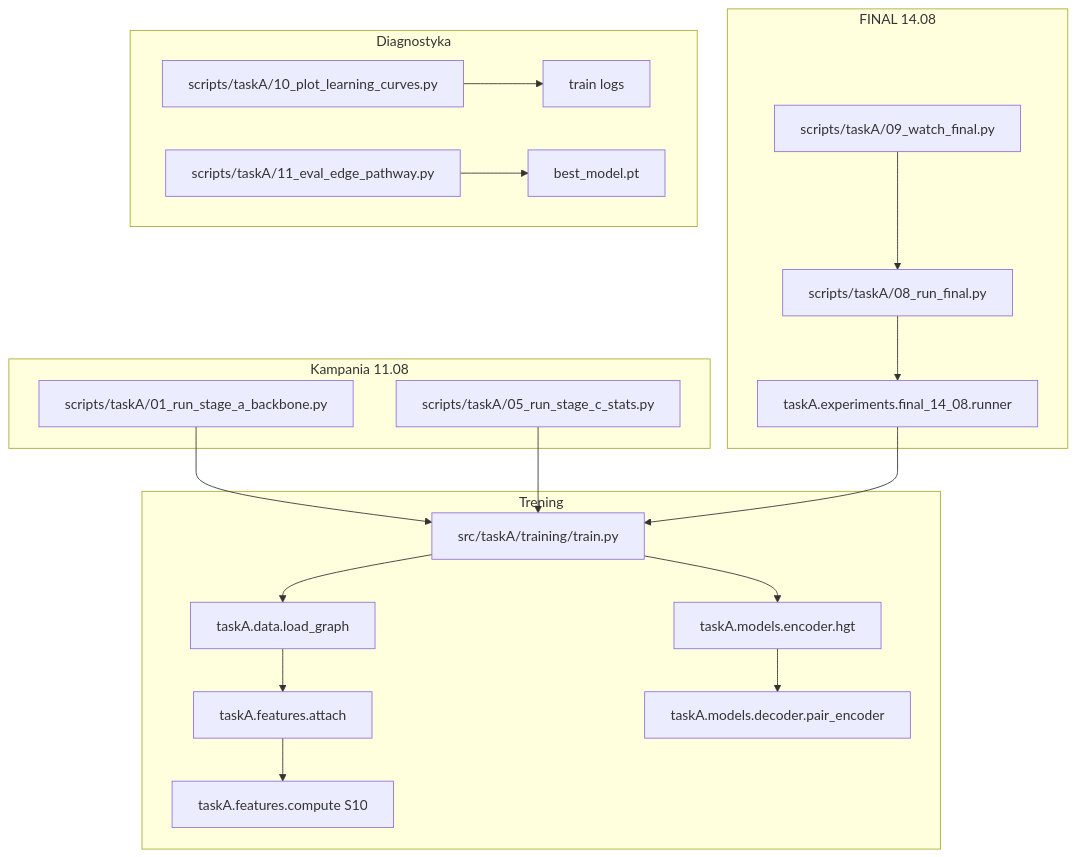
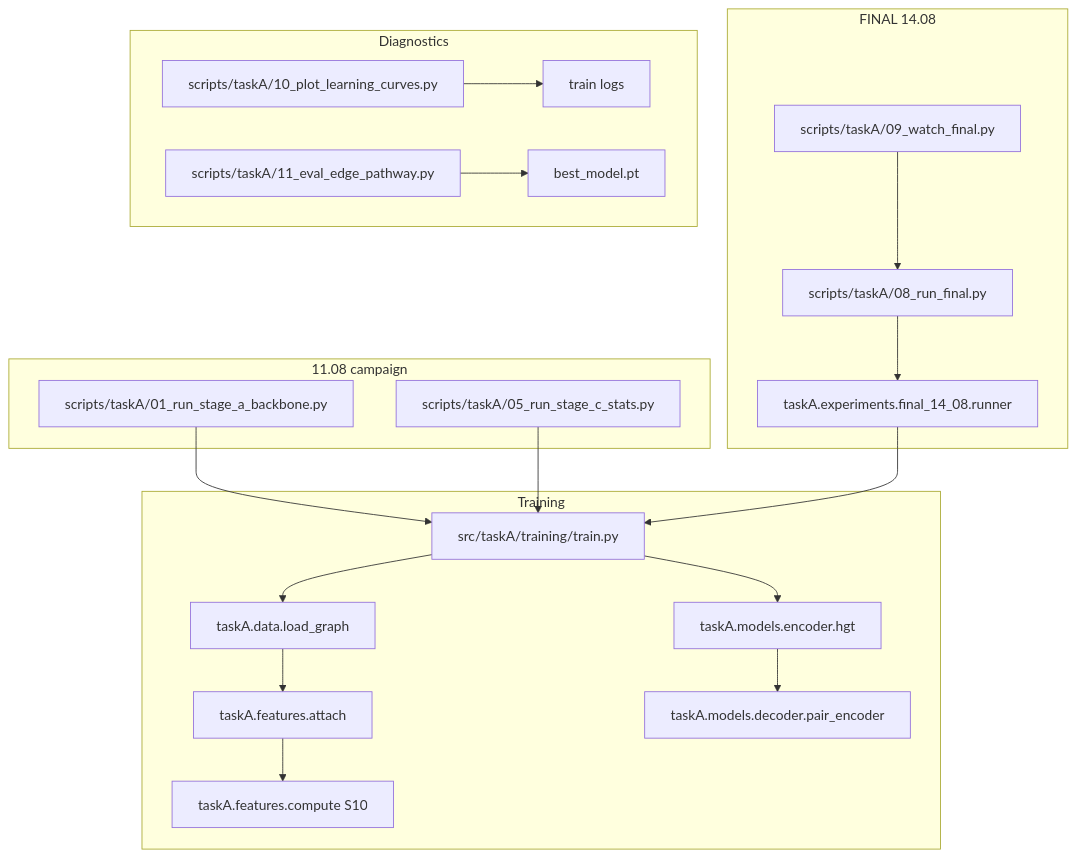
The diagram in outputs/taskA_FINAL_14.08.2026/CODE_AND_SCRIPT_MAP_14.08.2026.md (MoniaO/GraphNeuralNetwork_Thesis), drawn with Mermaid before and after one commit. The commit also changed other lines of this file and 64 other files, not shown here.

````diff
--- a/outputs/taskA_FINAL_14.08.2026/CODE_AND_SCRIPT_MAP_14.08.2026.md
+++ b/outputs/taskA_FINAL_14.08.2026/CODE_AND_SCRIPT_MAP_14.08.2026.md
@@ -7,35 +7,35 @@
 ```mermaid
 flowchart TB
-  subgraph train_core [Trening]
+  subgraph train_core [Training]
     TT[src/taskA/training/train.py]
     LD[taskA.data.load_graph]
     ATT[taskA.features.attach]
     FEAT[taskA.features.compute S10]
     DEC[taskA.models.decoder.pair_encoder]
     HGT[taskA.models.encoder.hgt]
     TT --> LD --> ATT --> FEAT
     TT --> HGT --> DEC
   end
 
-  subgraph stage_1108 [Kampania 11.08]
+  subgraph stage_1108 [11.08 campaign]
     SA[scripts/taskA/01_run_stage_a_backbone.py]
     SC[scripts/taskA/05_run_stage_c_stats.py]
     SA --> TT
     SC --> TT
   end
 
   subgraph final_1408 [FINAL 14.08]
     FR[scripts/taskA/08_run_final.py]
     RUN[taskA.experiments.final_14_08.runner]
     WD[scripts/taskA/09_watch_final.py]
     FR --> RUN --> TT
     WD --> FR
   end
 
-  subgraph diag [Diagnostyka]
+  subgraph diag [Diagnostics]
     CUR[scripts/taskA/10_plot_learning_curves.py]
     PATH[scripts/taskA/11_eval_edge_pathway.py]
     CUR --> LOGS[train logs]
     PATH --> CKPT[best_model.pt]
   end
 ```
````
